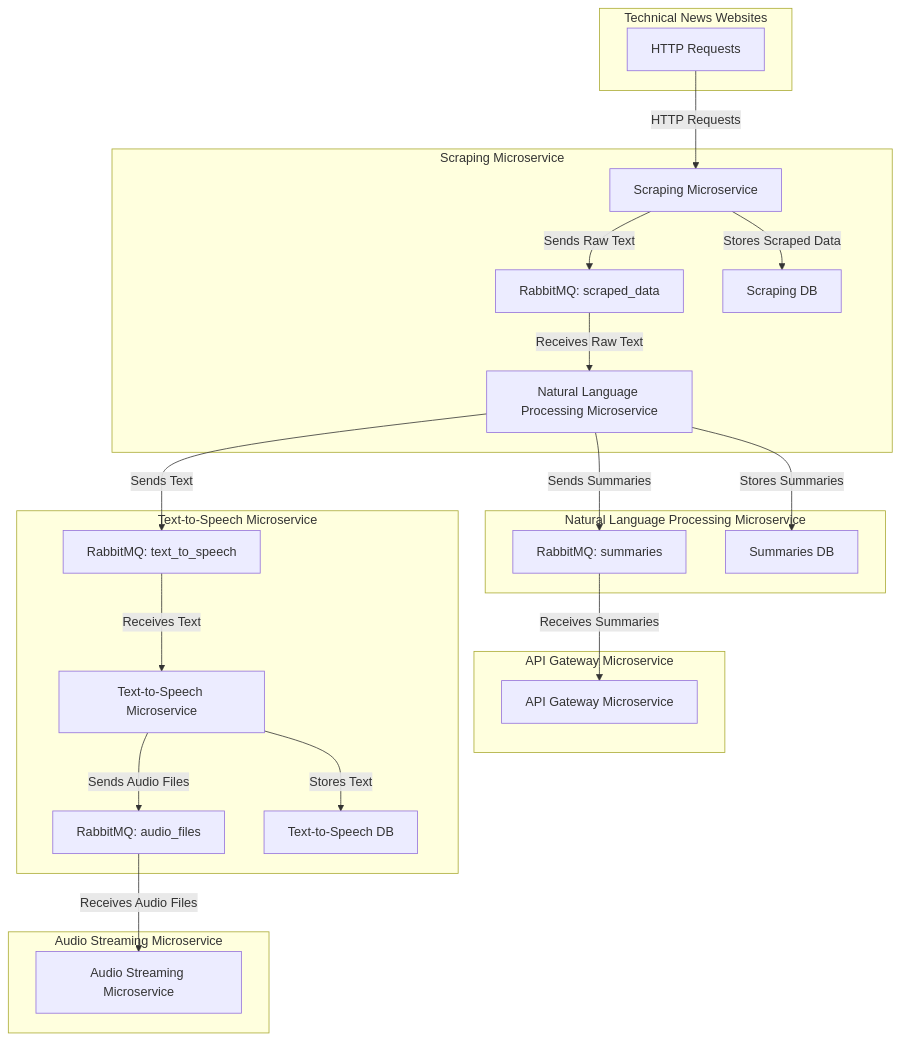
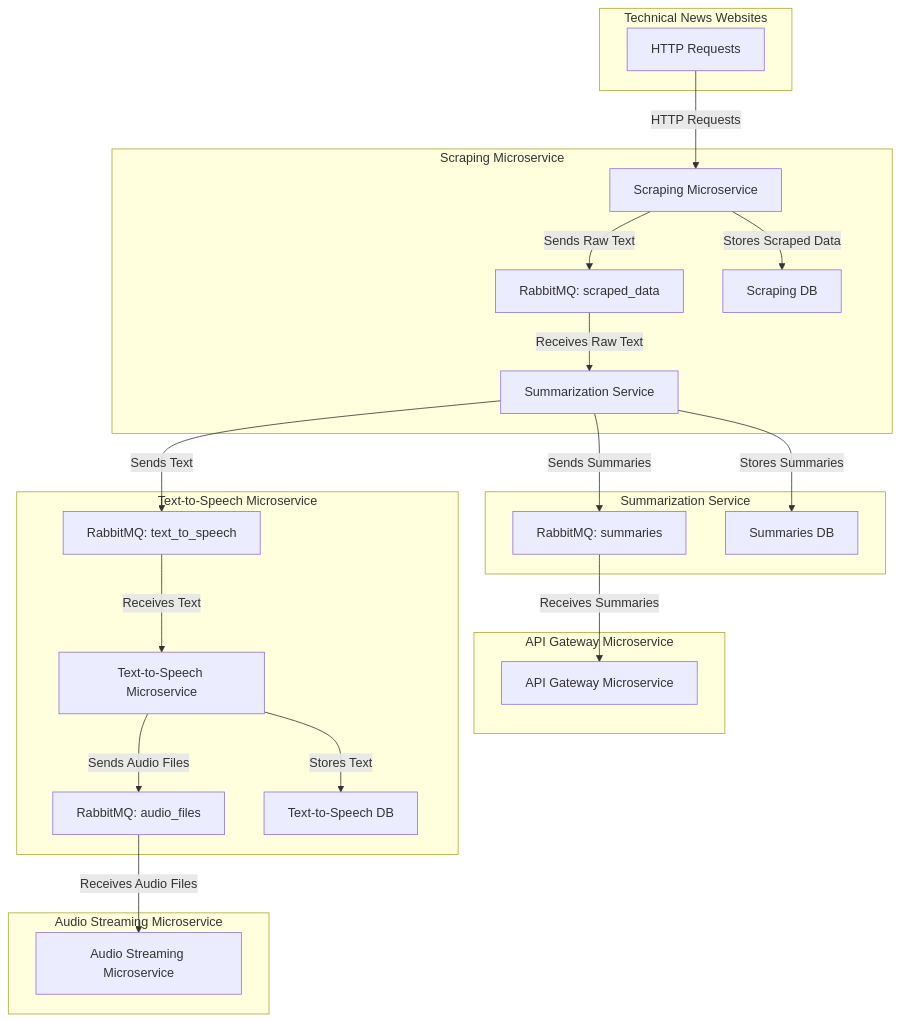
One commit to 7TRED/crispy changed the first of 9 diagrams in README.md. Above: the diagram before and after it, drawn with Mermaid.

````diff
--- a/README.md
+++ b/README.md
@@ -7,36 +7,36 @@
 ```mermaid
 flowchart TB;
     subgraph Technical News Websites
         A[HTTP Requests]
     end
     subgraph Scraping Microservice
         B[Scraping Microservice]
         B -->|Sends Raw Text| L[RabbitMQ: scraped_data]
         L -->|Receives Raw Text| C[Natural Language Processing Microservice]
         B -->|Stores Scraped Data| P[Scraping DB]
     end
-    subgraph Natural Language Processing Microservice
-        C[Natural Language Processing Microservice]
+    subgraph Summarization Service
+        C[Summarization Service]
         C -->|Sends Summaries| M[RabbitMQ: summaries]
         C -->|Stores Summaries| Q[Summaries DB]
     end
     subgraph API Gateway Microservice
         D[API Gateway Microservice]
         M -->|Receives Summaries| D
     end
     subgraph Text-to-Speech Microservice
         E[Text-to-Speech Microservice]
         C -->|Sends Text| N[RabbitMQ: text_to_speech]
         N -->|Receives Text| E
         E -->|Sends Audio Files| O[RabbitMQ: audio_files]
         E -->|Stores Text| R[Text-to-Speech DB]
     end
     subgraph Audio Streaming Microservice
         F[Audio Streaming Microservice]
         O -->|Receives Audio Files| F
     end
     
     A -->|HTTP Requests| B
 
 
 ```
````
